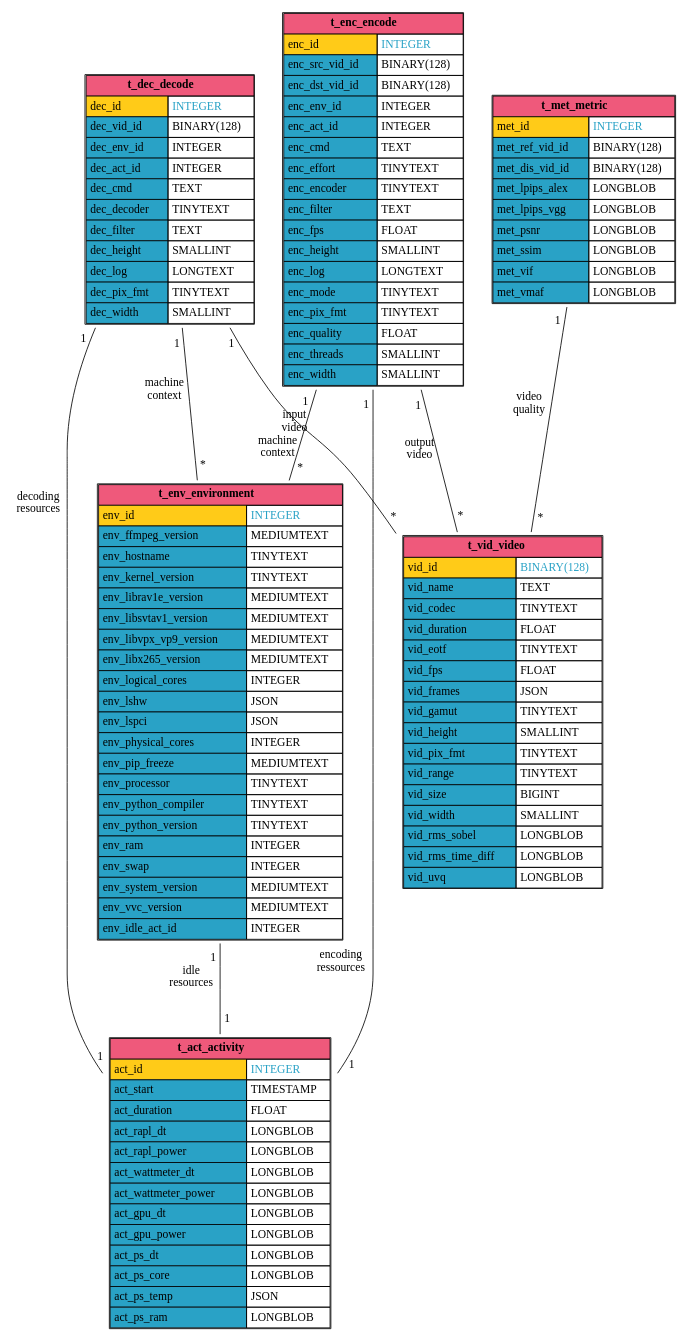
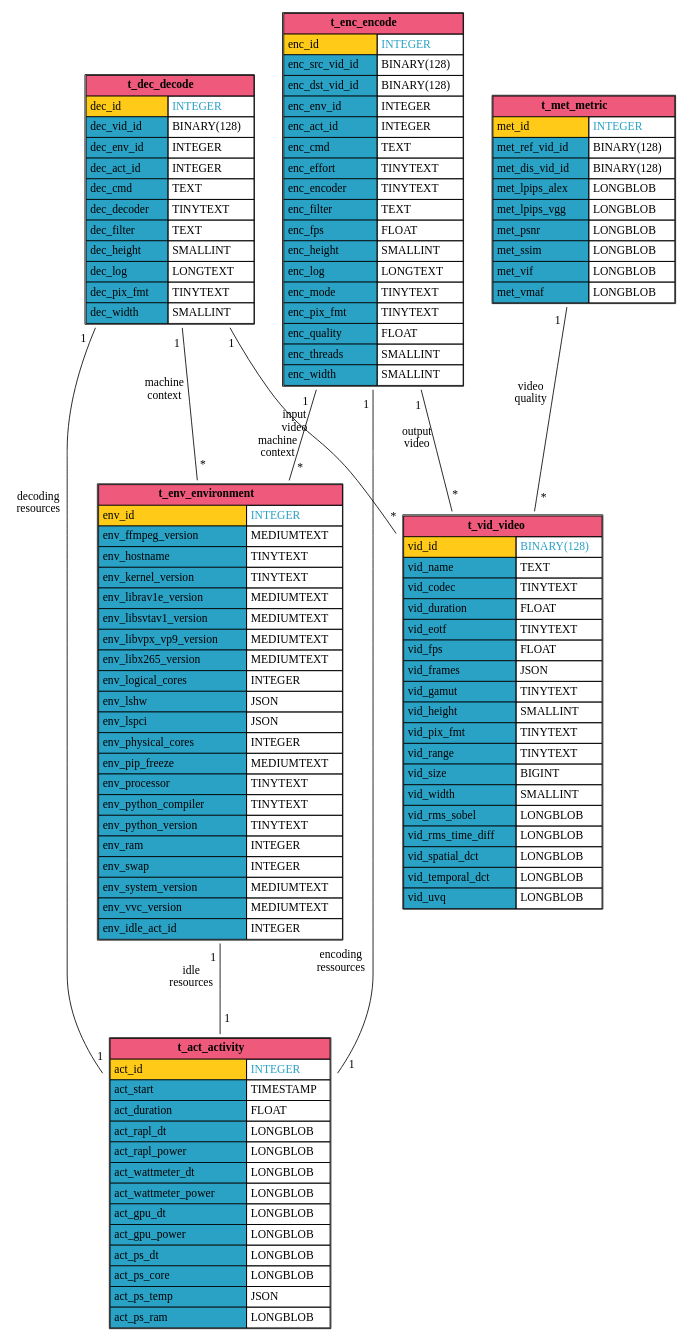
The diagram in docs/media/sql_database.dot (robinechuca/mendevi), drawn with Graphviz before and after one commit. The commit also changed 10 other files, not shown here.

```diff
--- a/docs/media/sql_database.dot
+++ b/docs/media/sql_database.dot
@@ -1,142 +1,144 @@
 # dot -Tpdf sql_database.dot -o /tmp/sql_database.pdf && pdfcrop /tmp/sql_database.pdf sql_database.pdf
 # dot -Tsvg sql_database.dot > sql_database.svg
 graph database {
   node [shape=plaintext]
   t_act_activity [
     label=<
       <TABLE BORDER="1" CELLBORDER="1" CELLSPACING="0" CELLPADDING="4">
         <TR><TD COLSPAN="2" BGCOLOR="#ef597b"><B>t_act_activity</B></TD></TR>
         <TR><TD ALIGN="LEFT" BGCOLOR="#ffcb18">act_id</TD><TD ALIGN="LEFT"><FONT COLOR="#29a2c6">INTEGER</FONT></TD></TR>
         <TR><TD ALIGN="LEFT" BGCOLOR="#29a2c6">act_start</TD><TD ALIGN="LEFT">TIMESTAMP</TD></TR>
         <TR><TD ALIGN="LEFT" BGCOLOR="#29a2c6">act_duration</TD><TD ALIGN="LEFT">FLOAT</TD></TR>
         <TR><TD ALIGN="LEFT" BGCOLOR="#29a2c6">act_rapl_dt</TD><TD ALIGN="LEFT">LONGBLOB</TD></TR>
         <TR><TD ALIGN="LEFT" BGCOLOR="#29a2c6">act_rapl_power</TD><TD ALIGN="LEFT">LONGBLOB</TD></TR>
         <TR><TD ALIGN="LEFT" BGCOLOR="#29a2c6">act_wattmeter_dt</TD><TD ALIGN="LEFT">LONGBLOB</TD></TR>
         <TR><TD ALIGN="LEFT" BGCOLOR="#29a2c6">act_wattmeter_power</TD><TD ALIGN="LEFT">LONGBLOB</TD></TR>
         <TR><TD ALIGN="LEFT" BGCOLOR="#29a2c6">act_gpu_dt</TD><TD ALIGN="LEFT">LONGBLOB</TD></TR>
         <TR><TD ALIGN="LEFT" BGCOLOR="#29a2c6">act_gpu_power</TD><TD ALIGN="LEFT">LONGBLOB</TD></TR>
         <TR><TD ALIGN="LEFT" BGCOLOR="#29a2c6">act_ps_dt</TD><TD ALIGN="LEFT">LONGBLOB</TD></TR>
         <TR><TD ALIGN="LEFT" BGCOLOR="#29a2c6">act_ps_core</TD><TD ALIGN="LEFT">LONGBLOB</TD></TR>
         <TR><TD ALIGN="LEFT" BGCOLOR="#29a2c6">act_ps_temp</TD><TD ALIGN="LEFT">JSON</TD></TR>
         <TR><TD ALIGN="LEFT" BGCOLOR="#29a2c6">act_ps_ram</TD><TD ALIGN="LEFT">LONGBLOB</TD></TR>
       </TABLE>
     >
   ];
   t_vid_video [
     label=<
       <TABLE BORDER="1" CELLBORDER="1" CELLSPACING="0" CELLPADDING="4">
         <TR><TD COLSPAN="2" BGCOLOR="#ef597b"><B>t_vid_video</B></TD></TR>
         <TR><TD ALIGN="LEFT" BGCOLOR="#ffcb18">vid_id</TD><TD ALIGN="LEFT"><FONT COLOR="#29a2c6">BINARY(128)</FONT></TD></TR>
         <TR><TD ALIGN="LEFT" BGCOLOR="#29a2c6">vid_name</TD><TD ALIGN="LEFT">TEXT</TD></TR>
         <TR><TD ALIGN="LEFT" BGCOLOR="#29a2c6">vid_codec</TD><TD ALIGN="LEFT">TINYTEXT</TD></TR>
         <TR><TD ALIGN="LEFT" BGCOLOR="#29a2c6">vid_duration</TD><TD ALIGN="LEFT">FLOAT</TD></TR>
         <TR><TD ALIGN="LEFT" BGCOLOR="#29a2c6">vid_eotf</TD><TD ALIGN="LEFT">TINYTEXT</TD></TR>
         <TR><TD ALIGN="LEFT" BGCOLOR="#29a2c6">vid_fps</TD><TD ALIGN="LEFT">FLOAT</TD></TR>
         <TR><TD ALIGN="LEFT" BGCOLOR="#29a2c6">vid_frames</TD><TD ALIGN="LEFT">JSON</TD></TR>
         <TR><TD ALIGN="LEFT" BGCOLOR="#29a2c6">vid_gamut</TD><TD ALIGN="LEFT">TINYTEXT</TD></TR>
         <TR><TD ALIGN="LEFT" BGCOLOR="#29a2c6">vid_height</TD><TD ALIGN="LEFT">SMALLINT</TD></TR>
         <TR><TD ALIGN="LEFT" BGCOLOR="#29a2c6">vid_pix_fmt</TD><TD ALIGN="LEFT">TINYTEXT</TD></TR>
         <TR><TD ALIGN="LEFT" BGCOLOR="#29a2c6">vid_range</TD><TD ALIGN="LEFT">TINYTEXT</TD></TR>
         <TR><TD ALIGN="LEFT" BGCOLOR="#29a2c6">vid_size</TD><TD ALIGN="LEFT">BIGINT</TD></TR>
         <TR><TD ALIGN="LEFT" BGCOLOR="#29a2c6">vid_width</TD><TD ALIGN="LEFT">SMALLINT</TD></TR>
         <TR><TD ALIGN="LEFT" BGCOLOR="#29a2c6">vid_rms_sobel</TD><TD ALIGN="LEFT">LONGBLOB</TD></TR>
         <TR><TD ALIGN="LEFT" BGCOLOR="#29a2c6">vid_rms_time_diff</TD><TD ALIGN="LEFT">LONGBLOB</TD></TR>
+        <TR><TD ALIGN="LEFT" BGCOLOR="#29a2c6">vid_spatial_dct</TD><TD ALIGN="LEFT">LONGBLOB</TD></TR>
+        <TR><TD ALIGN="LEFT" BGCOLOR="#29a2c6">vid_temporal_dct</TD><TD ALIGN="LEFT">LONGBLOB</TD></TR>
         <TR><TD ALIGN="LEFT" BGCOLOR="#29a2c6">vid_uvq</TD><TD ALIGN="LEFT">LONGBLOB</TD></TR>
       </TABLE>
     >
   ];
   t_met_metric [
     label=<
       <TABLE BORDER="1" CELLBORDER="1" CELLSPACING="0" CELLPADDING="4">
         <TR><TD COLSPAN="2" BGCOLOR="#ef597b"><B>t_met_metric</B></TD></TR>
         <TR><TD ALIGN="LEFT" BGCOLOR="#ffcb18">met_id</TD><TD ALIGN="LEFT"><FONT COLOR="#29a2c6">INTEGER</FONT></TD></TR>
         <TR><TD ALIGN="LEFT" BGCOLOR="#29a2c6">met_ref_vid_id</TD><TD ALIGN="LEFT">BINARY(128)</TD></TR>
         <TR><TD ALIGN="LEFT" BGCOLOR="#29a2c6">met_dis_vid_id</TD><TD ALIGN="LEFT">BINARY(128)</TD></TR>
         <TR><TD ALIGN="LEFT" BGCOLOR="#29a2c6">met_lpips_alex</TD><TD ALIGN="LEFT">LONGBLOB</TD></TR>
         <TR><TD ALIGN="LEFT" BGCOLOR="#29a2c6">met_lpips_vgg</TD><TD ALIGN="LEFT">LONGBLOB</TD></TR>
         <TR><TD ALIGN="LEFT" BGCOLOR="#29a2c6">met_psnr</TD><TD ALIGN="LEFT">LONGBLOB</TD></TR>
         <TR><TD ALIGN="LEFT" BGCOLOR="#29a2c6">met_ssim</TD><TD ALIGN="LEFT">LONGBLOB</TD></TR>
         <TR><TD ALIGN="LEFT" BGCOLOR="#29a2c6">met_vif</TD><TD ALIGN="LEFT">LONGBLOB</TD></TR>
         <TR><TD ALIGN="LEFT" BGCOLOR="#29a2c6">met_vmaf</TD><TD ALIGN="LEFT">LONGBLOB</TD></TR>
       </TABLE>
     >
   ];
   t_env_environment [
     label=<
       <TABLE BORDER="1" CELLBORDER="1" CELLSPACING="0" CELLPADDING="4">
         <TR><TD COLSPAN="2" BGCOLOR="#ef597b"><B>t_env_environment</B></TD></TR>
         <TR><TD ALIGN="LEFT" BGCOLOR="#ffcb18">env_id</TD><TD ALIGN="LEFT"><FONT COLOR="#29a2c6">INTEGER</FONT></TD></TR>
         <TR><TD ALIGN="LEFT" BGCOLOR="#29a2c6">env_ffmpeg_version</TD><TD ALIGN="LEFT">MEDIUMTEXT</TD></TR>
         <TR><TD ALIGN="LEFT" BGCOLOR="#29a2c6">env_hostname</TD><TD ALIGN="LEFT">TINYTEXT</TD></TR>
         <TR><TD ALIGN="LEFT" BGCOLOR="#29a2c6">env_kernel_version</TD><TD ALIGN="LEFT">TINYTEXT</TD></TR>
         <TR><TD ALIGN="LEFT" BGCOLOR="#29a2c6">env_librav1e_version</TD><TD ALIGN="LEFT">MEDIUMTEXT</TD></TR>
         <TR><TD ALIGN="LEFT" BGCOLOR="#29a2c6">env_libsvtav1_version</TD><TD ALIGN="LEFT">MEDIUMTEXT</TD></TR>
         <TR><TD ALIGN="LEFT" BGCOLOR="#29a2c6">env_libvpx_vp9_version</TD><TD ALIGN="LEFT">MEDIUMTEXT</TD></TR>
         <TR><TD ALIGN="LEFT" BGCOLOR="#29a2c6">env_libx265_version</TD><TD ALIGN="LEFT">MEDIUMTEXT</TD></TR>
         <TR><TD ALIGN="LEFT" BGCOLOR="#29a2c6">env_logical_cores</TD><TD ALIGN="LEFT">INTEGER</TD></TR>
         <TR><TD ALIGN="LEFT" BGCOLOR="#29a2c6">env_lshw</TD><TD ALIGN="LEFT">JSON</TD></TR>
         <TR><TD ALIGN="LEFT" BGCOLOR="#29a2c6">env_lspci</TD><TD ALIGN="LEFT">JSON</TD></TR>
         <TR><TD ALIGN="LEFT" BGCOLOR="#29a2c6">env_physical_cores</TD><TD ALIGN="LEFT">INTEGER</TD></TR>
         <TR><TD ALIGN="LEFT" BGCOLOR="#29a2c6">env_pip_freeze</TD><TD ALIGN="LEFT">MEDIUMTEXT</TD></TR>
         <TR><TD ALIGN="LEFT" BGCOLOR="#29a2c6">env_processor</TD><TD ALIGN="LEFT">TINYTEXT</TD></TR>
         <TR><TD ALIGN="LEFT" BGCOLOR="#29a2c6">env_python_compiler</TD><TD ALIGN="LEFT">TINYTEXT</TD></TR>
         <TR><TD ALIGN="LEFT" BGCOLOR="#29a2c6">env_python_version</TD><TD ALIGN="LEFT">TINYTEXT</TD></TR>
         <TR><TD ALIGN="LEFT" BGCOLOR="#29a2c6">env_ram</TD><TD ALIGN="LEFT">INTEGER</TD></TR>
         <TR><TD ALIGN="LEFT" BGCOLOR="#29a2c6">env_swap</TD><TD ALIGN="LEFT">INTEGER</TD></TR>
         <TR><TD ALIGN="LEFT" BGCOLOR="#29a2c6">env_system_version</TD><TD ALIGN="LEFT">MEDIUMTEXT</TD></TR>
         <TR><TD ALIGN="LEFT" BGCOLOR="#29a2c6">env_vvc_version</TD><TD ALIGN="LEFT">MEDIUMTEXT</TD></TR>
         <TR><TD ALIGN="LEFT" BGCOLOR="#29a2c6">env_idle_act_id</TD><TD ALIGN="LEFT">INTEGER</TD></TR>
       </TABLE>
     >
   ];
   t_dec_decode [
     label=<
       <TABLE BORDER="1" CELLBORDER="1" CELLSPACING="0" CELLPADDING="4">
         <TR><TD COLSPAN="2" BGCOLOR="#ef597b"><B>t_dec_decode</B></TD></TR>
         <TR><TD ALIGN="LEFT" BGCOLOR="#ffcb18">dec_id</TD><TD ALIGN="LEFT"><FONT COLOR="#29a2c6">INTEGER</FONT></TD></TR>
         <TR><TD ALIGN="LEFT" BGCOLOR="#29a2c6">dec_vid_id</TD><TD ALIGN="LEFT">BINARY(128)</TD></TR>
         <TR><TD ALIGN="LEFT" BGCOLOR="#29a2c6">dec_env_id</TD><TD ALIGN="LEFT">INTEGER</TD></TR>
         <TR><TD ALIGN="LEFT" BGCOLOR="#29a2c6">dec_act_id</TD><TD ALIGN="LEFT">INTEGER</TD></TR>
         <TR><TD ALIGN="LEFT" BGCOLOR="#29a2c6">dec_cmd</TD><TD ALIGN="LEFT">TEXT</TD></TR>
         <TR><TD ALIGN="LEFT" BGCOLOR="#29a2c6">dec_decoder</TD><TD ALIGN="LEFT">TINYTEXT</TD></TR>
         <TR><TD ALIGN="LEFT" BGCOLOR="#29a2c6">dec_filter</TD><TD ALIGN="LEFT">TEXT</TD></TR>
         <TR><TD ALIGN="LEFT" BGCOLOR="#29a2c6">dec_height</TD><TD ALIGN="LEFT">SMALLINT</TD></TR>
         <TR><TD ALIGN="LEFT" BGCOLOR="#29a2c6">dec_log</TD><TD ALIGN="LEFT">LONGTEXT</TD></TR>
         <TR><TD ALIGN="LEFT" BGCOLOR="#29a2c6">dec_pix_fmt</TD><TD ALIGN="LEFT">TINYTEXT</TD></TR>
         <TR><TD ALIGN="LEFT" BGCOLOR="#29a2c6">dec_width</TD><TD ALIGN="LEFT">SMALLINT</TD></TR>
       </TABLE>
     >
   ];
   t_enc_encode [
     label=<
       <TABLE BORDER="1" CELLBORDER="1" CELLSPACING="0" CELLPADDING="4">
         <TR><TD COLSPAN="2" BGCOLOR="#ef597b"><B>t_enc_encode</B></TD></TR>
         <TR><TD ALIGN="LEFT" BGCOLOR="#ffcb18">enc_id</TD><TD ALIGN="LEFT"><FONT COLOR="#29a2c6">INTEGER</FONT></TD></TR>
         <TR><TD ALIGN="LEFT" BGCOLOR="#29a2c6">enc_src_vid_id</TD><TD ALIGN="LEFT">BINARY(128)</TD></TR>
         <TR><TD ALIGN="LEFT" BGCOLOR="#29a2c6">enc_dst_vid_id</TD><TD ALIGN="LEFT">BINARY(128)</TD></TR>
         <TR><TD ALIGN="LEFT" BGCOLOR="#29a2c6">enc_env_id</TD><TD ALIGN="LEFT">INTEGER</TD></TR>
         <TR><TD ALIGN="LEFT" BGCOLOR="#29a2c6">enc_act_id</TD><TD ALIGN="LEFT">INTEGER</TD></TR>
         <TR><TD ALIGN="LEFT" BGCOLOR="#29a2c6">enc_cmd</TD><TD ALIGN="LEFT">TEXT</TD></TR>
         <TR><TD ALIGN="LEFT" BGCOLOR="#29a2c6">enc_effort</TD><TD ALIGN="LEFT">TINYTEXT</TD></TR>
         <TR><TD ALIGN="LEFT" BGCOLOR="#29a2c6">enc_encoder</TD><TD ALIGN="LEFT">TINYTEXT</TD></TR>
         <TR><TD ALIGN="LEFT" BGCOLOR="#29a2c6">enc_filter</TD><TD ALIGN="LEFT">TEXT</TD></TR>
         <TR><TD ALIGN="LEFT" BGCOLOR="#29a2c6">enc_fps</TD><TD ALIGN="LEFT">FLOAT</TD></TR>
         <TR><TD ALIGN="LEFT" BGCOLOR="#29a2c6">enc_height</TD><TD ALIGN="LEFT">SMALLINT</TD></TR>
         <TR><TD ALIGN="LEFT" BGCOLOR="#29a2c6">enc_log</TD><TD ALIGN="LEFT">LONGTEXT</TD></TR>
         <TR><TD ALIGN="LEFT" BGCOLOR="#29a2c6">enc_mode</TD><TD ALIGN="LEFT">TINYTEXT</TD></TR>
         <TR><TD ALIGN="LEFT" BGCOLOR="#29a2c6">enc_pix_fmt</TD><TD ALIGN="LEFT">TINYTEXT</TD></TR>
         <TR><TD ALIGN="LEFT" BGCOLOR="#29a2c6">enc_quality</TD><TD ALIGN="LEFT">FLOAT</TD></TR>
         <TR><TD ALIGN="LEFT" BGCOLOR="#29a2c6">enc_threads</TD><TD ALIGN="LEFT">SMALLINT</TD></TR>
         <TR><TD ALIGN="LEFT" BGCOLOR="#29a2c6">enc_width</TD><TD ALIGN="LEFT">SMALLINT</TD></TR>
       </TABLE>
     >
   ];
   t_enc_encode -- t_act_activity [minlen=3, taillabel="1", headlabel="1", xlabel="encoding\nressources", labeldistance=2.0]
   t_enc_encode -- t_env_environment [minlen=3, taillabel="1", headlabel="*", xlabel="machine\ncontext", labeldistance=2.0]
   t_enc_encode -- t_vid_video [minlen=3, taillabel="1", headlabel="*", xlabel="output\nvideo", labeldistance=2.0]
   t_met_metric -- t_vid_video [minlen=3, taillabel="1", headlabel="*", xlabel="video\nquality", labeldistance=2.0]
   t_dec_decode -- t_act_activity [minlen=3, taillabel="1", headlabel="1", xlabel="decoding\nresources", labeldistance=2.0]
   t_dec_decode -- t_env_environment [minlen=3, taillabel="1", headlabel="*", xlabel="machine\ncontext", labeldistance=2.0]
   t_dec_decode -- t_vid_video [minlen=3, taillabel="1", headlabel="*", xlabel="input\nvideo", labeldistance=2.0]
   t_env_environment -- t_act_activity [minlen=3, taillabel="1", headlabel="1", xlabel="idle\nresources", labeldistance=2.0]
 }
```
